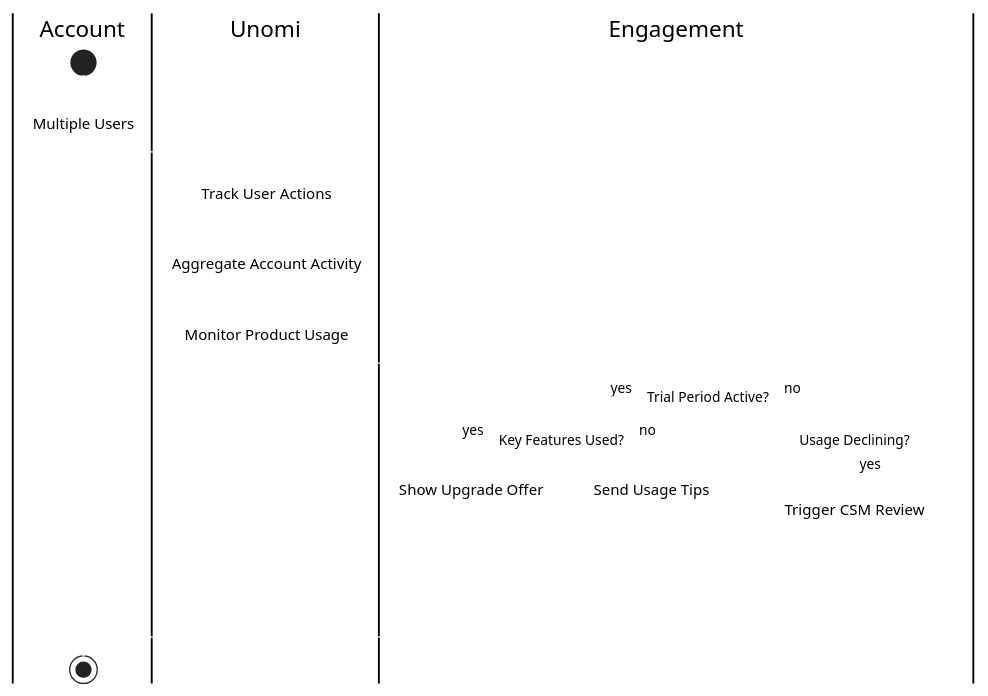
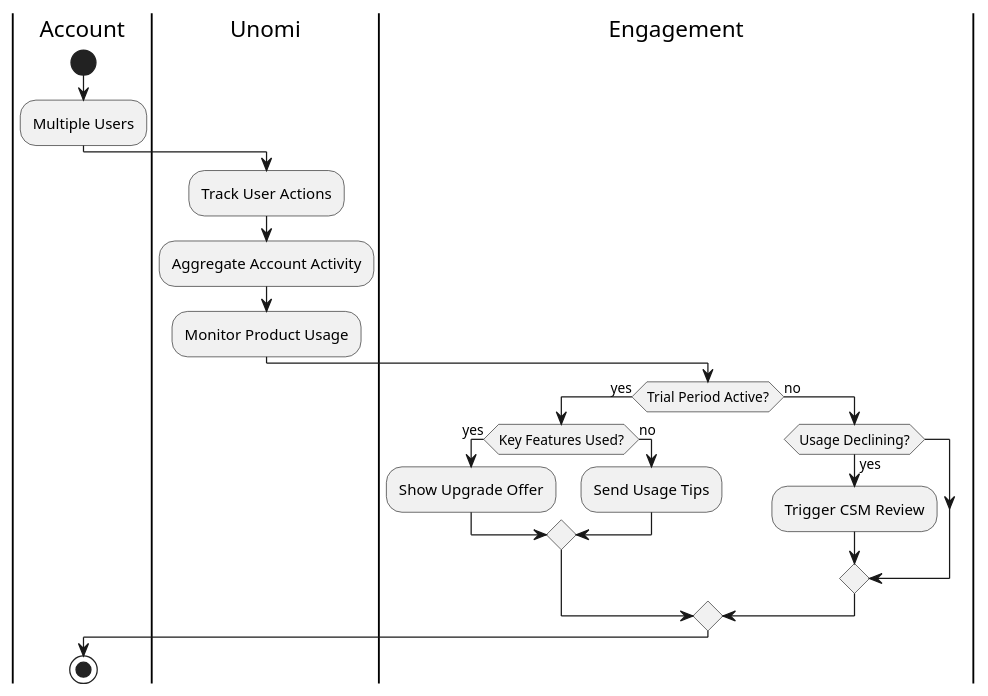
The fourth of 10 diagrams in manual/src/main/asciidoc/past-event-conditions.adoc (apache/unomi), drawn with PlantUML before and after one commit. The commit also changed other lines of this file and 16 other files, not shown here.

First line of the commit message:
docs: brand PlantUML diagrams with Unomi theme colors

```diff
--- a/manual/src/main/asciidoc/past-event-conditions.adoc
+++ b/manual/src/main/asciidoc/past-event-conditions.adoc
@@ -310,33 +299,30 @@
 [plantuml]
 ----
 @startuml
-skinparam activityBackgroundColor LightPurple
-skinparam activityBorderColor DarkPurple
-skinparam arrowColor DarkPurple
 
 |Account|
 start
 :Multiple Users;
 
 |Unomi|
 :Track User Actions;
 :Aggregate Account Activity;
 :Monitor Product Usage;
 
 |Engagement|
 if (Trial Period Active?) then (yes)
   if (Key Features Used?) then (yes)
     :Show Upgrade Offer;
   else (no)
     :Send Usage Tips;
   endif
 else (no)
   if (Usage Declining?) then (yes)
     :Trigger CSM Review;
   endif
 endif
 
 |Account|
 stop
 @enduml
 ----
```
